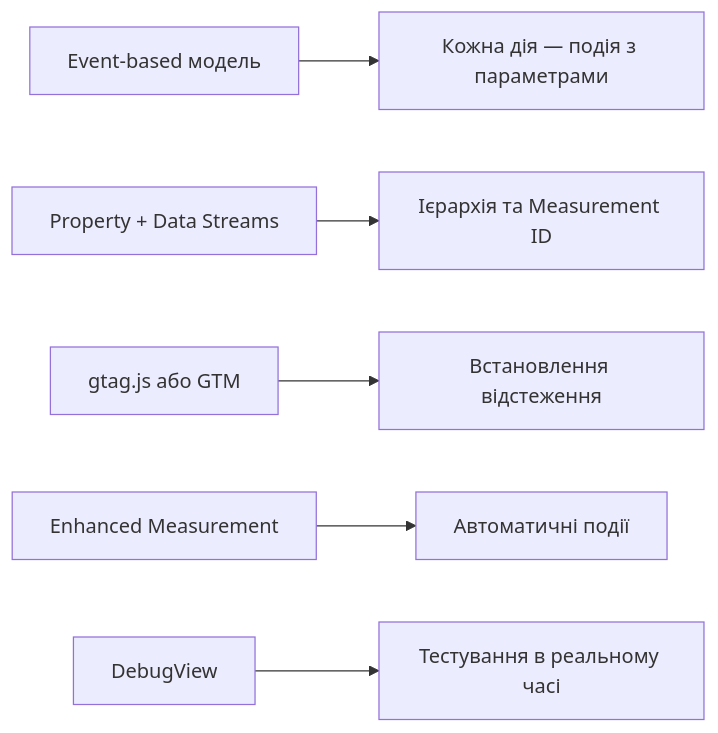
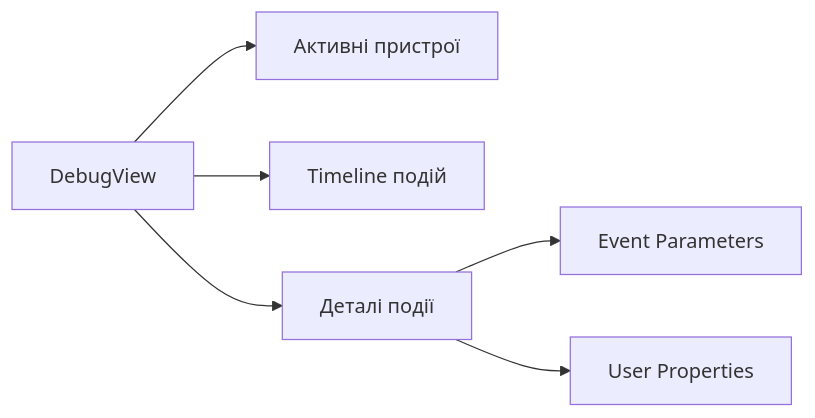
Before and after one commit to olroi421/course-seo: the sixth of 6 diagrams in presentations/presentation-09.md, drawn with Mermaid. The commit also changed other lines of this file and 1 other file, not shown here.

First line of the commit message:
Enhance GA4 presentations with content & diagrams

````diff
--- a/presentations/presentation-09.md
+++ b/presentations/presentation-09.md
@@ -193,8 +260,8 @@
 ```mermaid
 graph LR
-    A[Event-based модель] --> B[Кожна дія — подія з параметрами]
-    C[Property + Data Streams] --> D[Ієрархія та Measurement ID]
-    E[gtag.js або GTM] --> F[Встановлення відстеження]
-    G[Enhanced Measurement] --> H[Автоматичні події]
-    I[DebugView] --> J[Тестування в реальному часі]
+    A[DebugView] --> B[Активні пристрої]
+    A --> C[Timeline подій]
+    A --> D[Деталі події]
+    D --> E[Event Parameters]
+    D --> F[User Properties]
 ```
````
